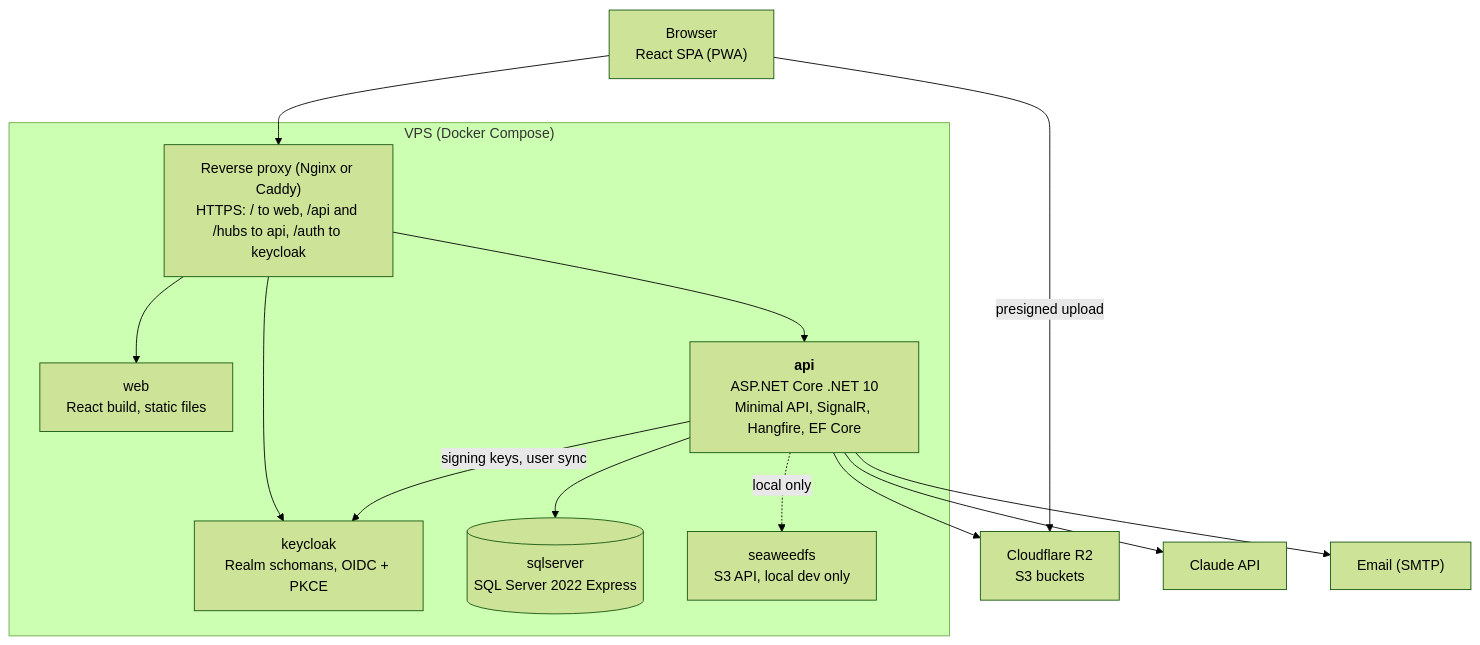
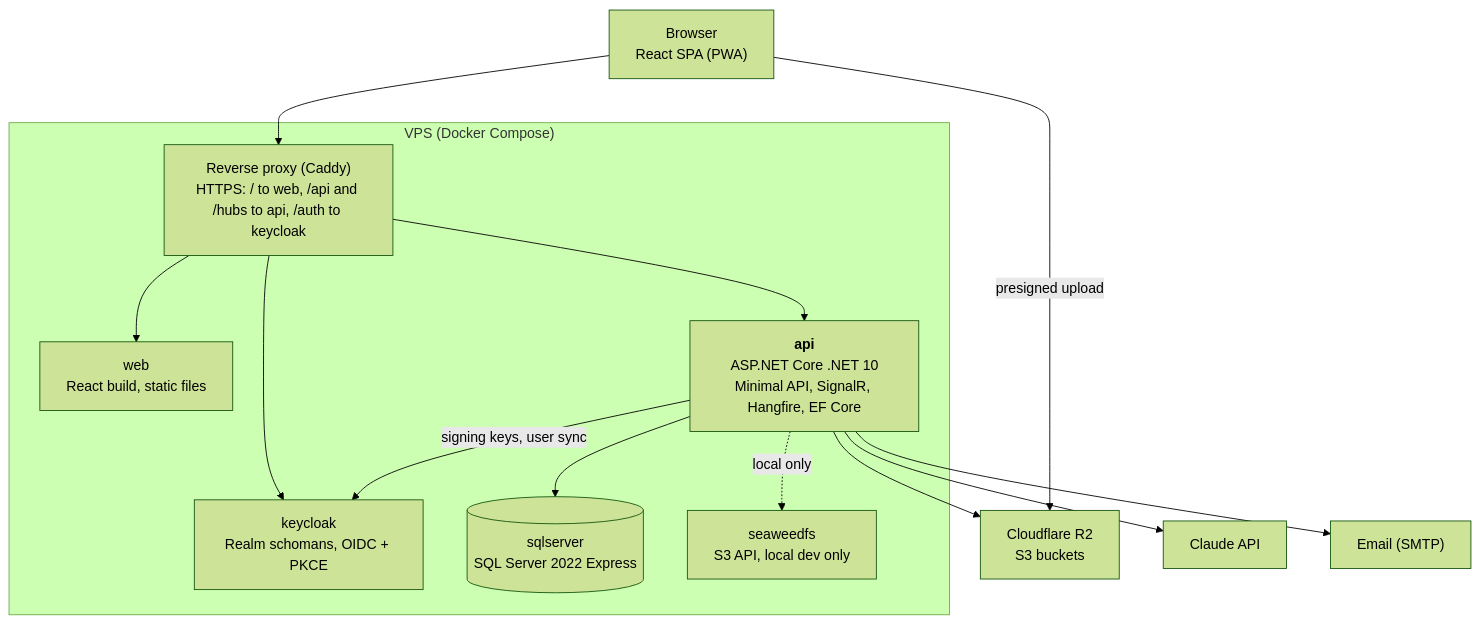
One commit to ridhwanhabib18/schomans changed the diagram in docs/en/diagrams/containers.mmd. Above: the diagram before and after it, drawn with Mermaid (forest theme). The commit also changed 9 other files, not shown here.

```diff
--- a/docs/en/diagrams/containers.mmd
+++ b/docs/en/diagrams/containers.mmd
@@ -1,28 +1,28 @@
 %% Containers & deployment: one VPS runs every container; files, AI, and email are external
 flowchart TB
   browser["Browser<br/>React SPA (PWA)"]
 
   subgraph vps["VPS (Docker Compose)"]
-    proxy["Reverse proxy (Nginx or Caddy)<br/>HTTPS: / to web, /api and /hubs to api, /auth to keycloak"]
+    proxy["Reverse proxy (Caddy)<br/>HTTPS: / to web, /api and /hubs to api, /auth to keycloak"]
     web["web<br/>React build, static files"]
     keycloak["keycloak<br/>Realm schomans, OIDC + PKCE"]
     api["<b>api</b><br/>ASP.NET Core .NET 10<br/>Minimal API, SignalR, Hangfire, EF Core"]
     sql[("sqlserver<br/>SQL Server 2022 Express")]
     seaweed["seaweedfs<br/>S3 API, local dev only"]
   end
 
   r2["Cloudflare R2<br/>S3 buckets"]
   claude["Claude API"]
   smtp["Email (SMTP)"]
 
   browser --> proxy
   proxy --> web
   proxy --> keycloak
   proxy --> api
   api --> sql
   api -->|signing keys, user sync| keycloak
   api -.->|local only| seaweed
   api --> r2
   api --> claude
   api --> smtp
   browser -->|presigned upload| r2
```
